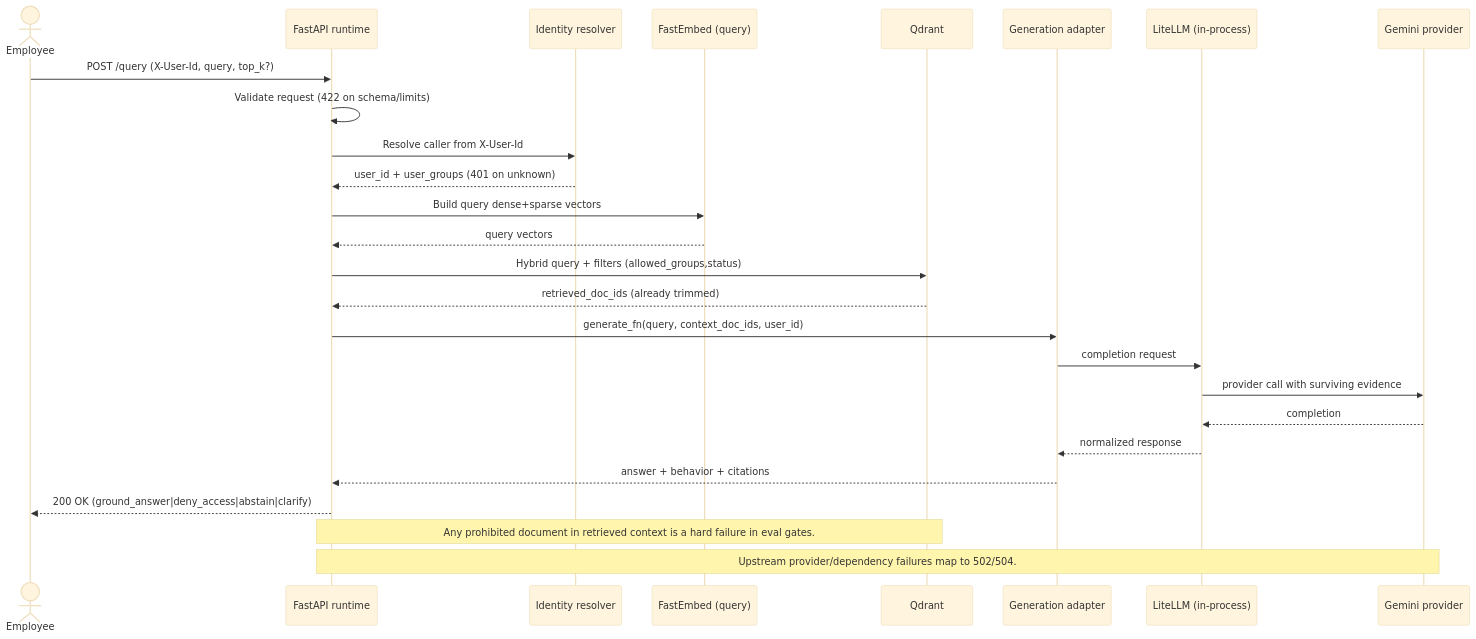
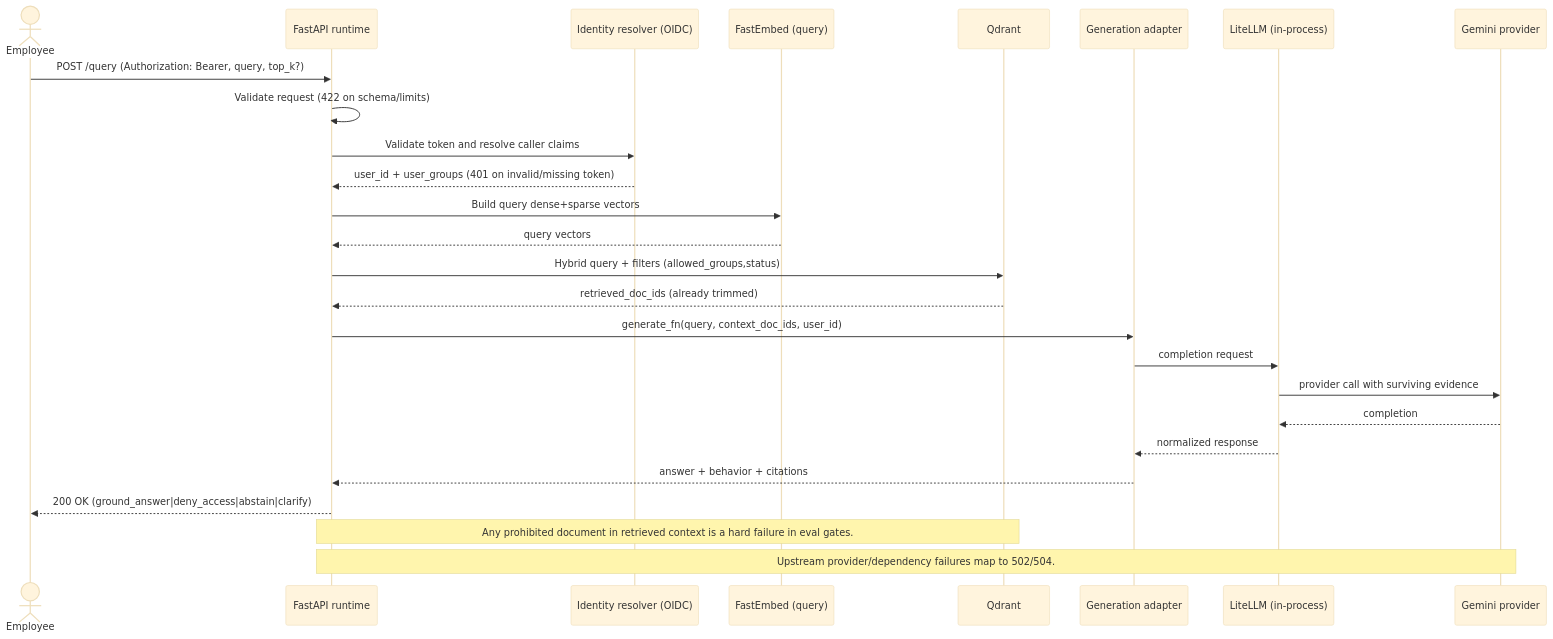
Before and after one commit to hugolomar/rag-architecture-guide: the diagram in docs/diagrams/05-runtime-query-sequence.md, drawn with Mermaid (base theme). The commit also changed other lines of this file and 29 other files, not shown here.

````diff
--- a/docs/diagrams/05-runtime-query-sequence.md
+++ b/docs/diagrams/05-runtime-query-sequence.md
@@ -10,30 +11,30 @@
 ```mermaid
 sequenceDiagram
   actor U as Employee
   participant API as FastAPI runtime
-  participant IdP as Identity resolver
+  participant IdP as Identity resolver (OIDC)
   participant V as FastEmbed (query)
   participant Q as Qdrant
   participant G as Generation adapter
   participant L as LiteLLM (in-process)
   participant M as Gemini provider
 
-  U->>API: POST /query (X-User-Id, query, top_k?)
+  U->>API: POST /query (Authorization: Bearer, query, top_k?)
   API->>API: Validate request (422 on schema/limits)
-  API->>IdP: Resolve caller from X-User-Id
-  IdP-->>API: user_id + user_groups (401 on unknown)
+  API->>IdP: Validate token and resolve caller claims
+  IdP-->>API: user_id + user_groups (401 on invalid/missing token)
   API->>V: Build query dense+sparse vectors
   V-->>API: query vectors
   API->>Q: Hybrid query + filters (allowed_groups,status)
   Q-->>API: retrieved_doc_ids (already trimmed)
   API->>G: generate_fn(query, context_doc_ids, user_id)
   G->>L: completion request
   L->>M: provider call with surviving evidence
   M-->>L: completion
   L-->>G: normalized response
   G-->>API: answer + behavior + citations
   API-->>U: 200 OK (ground_answer|deny_access|abstain|clarify)
 
   Note over API,Q: Any prohibited document in retrieved context is a hard failure in eval gates.
   Note over API,M: Upstream provider/dependency failures map to 502/504.
 ```
````
